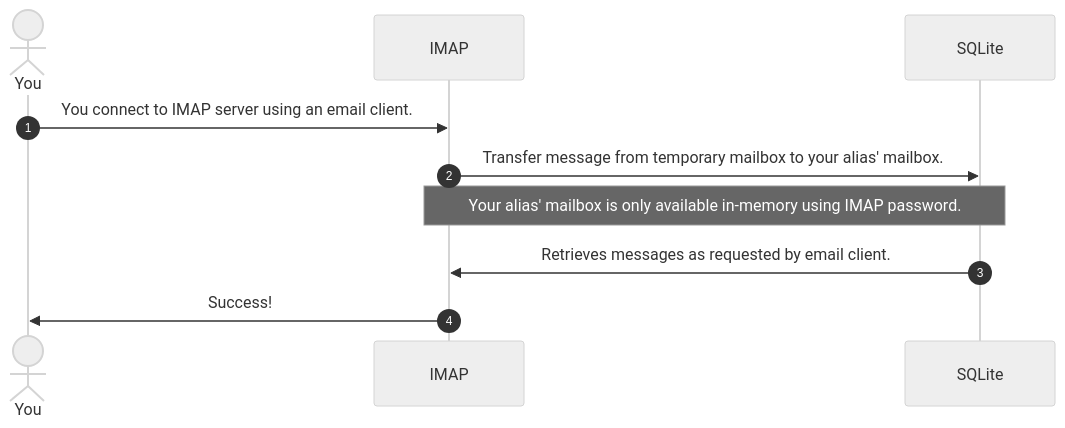
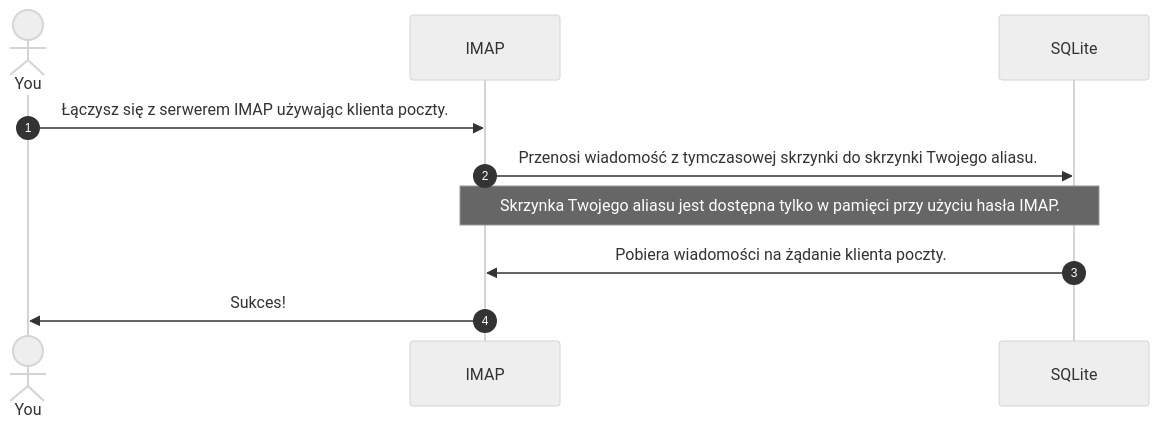
Before and after one commit to forwardemail/forwardemail.net: the second of 2 diagrams in app/views/docs/best-quantum-safe-encrypted-email-service/index-pl.md, drawn with Mermaid (neutral theme). The commit also changed other lines of this file and 1055 other files, not shown here.

````diff
--- a/app/views/docs/best-quantum-safe-encrypted-email-service/index-pl.md
+++ b/app/views/docs/best-quantum-safe-encrypted-email-service/index-pl.md
@@ -80,10 +83,10 @@
      ```mermaid
      sequenceDiagram
          autonumber
          actor You
-         You->>IMAP: You connect to IMAP server using an email client.
-         IMAP->>SQLite: Transfer message from temporary mailbox to your alias' mailbox.
-         Note over IMAP,SQLite: Your alias' mailbox is only available in-memory using IMAP password.
-         SQLite->>IMAP: Retrieves messages as requested by email client.
-         IMAP->>You: Success!
+         You->>IMAP: Łączysz się z serwerem IMAP używając klienta poczty.
+         IMAP->>SQLite: Przenosi wiadomość z tymczasowej skrzynki do skrzynki Twojego aliasu.
+         Note over IMAP,SQLite: Skrzynka Twojego aliasu jest dostępna tylko w pamięci przy użyciu hasła IMAP.
+         SQLite->>IMAP: Pobiera wiadomości na żądanie klienta poczty.
+         IMAP->>You: Sukces!
      ```
````
